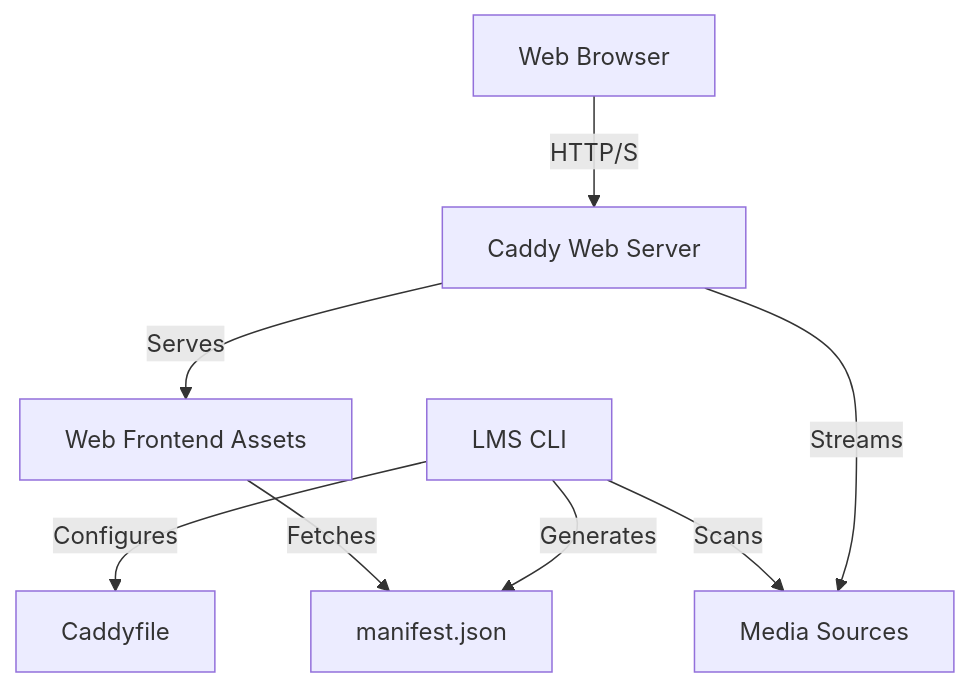
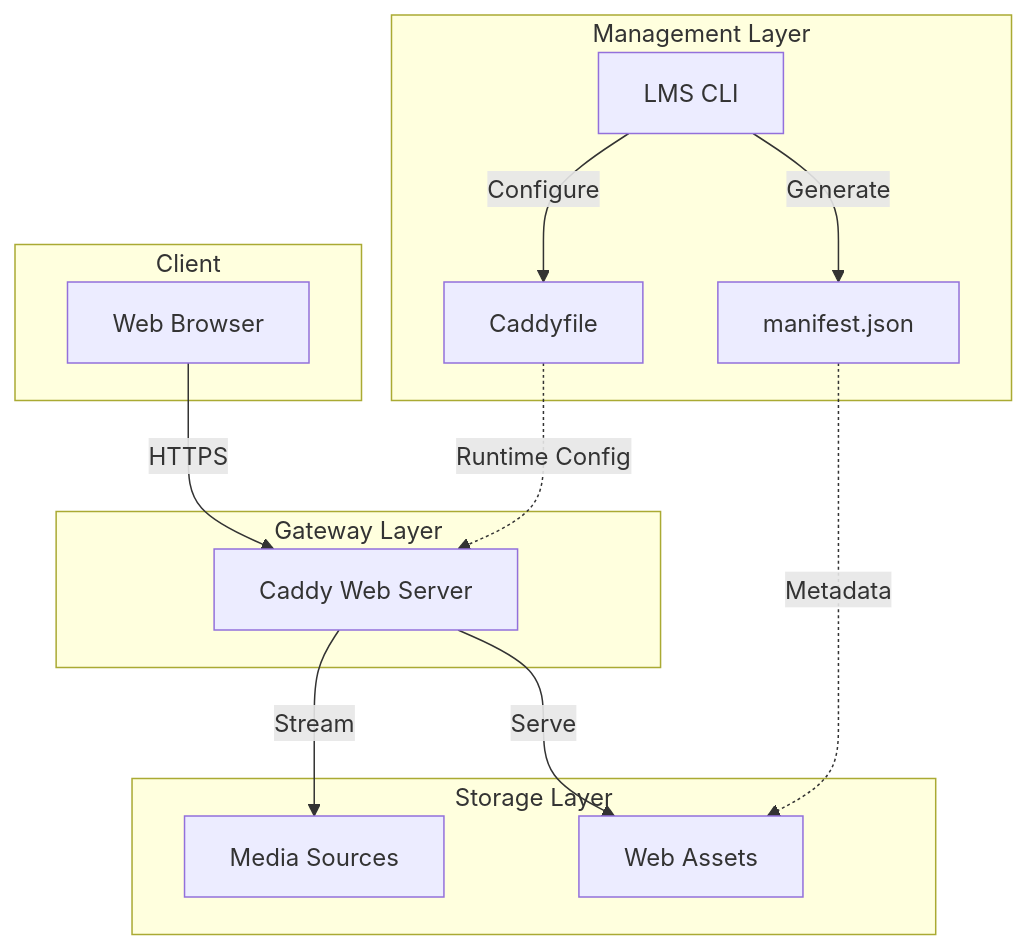
One commit to EmilPtr/LMS changed the diagram in README.md. Above: the diagram before and after it, drawn with Mermaid. The commit also changed other lines of this file, not shown here.

Commit message:
cleaned up graph

````diff
--- a/README.md
+++ b/README.md
@@ -25,12 +25,30 @@
 ```mermaid
 graph TD
-    Browser[Web Browser] -->|HTTP/S| Caddy[Caddy Web Server]
-    Caddy -->|Serves| Web[Web Frontend Assets]
-    Caddy -->|Streams| Media[Media Sources]
+    subgraph Client
+        Browser[Web Browser]
+    end
+
+    subgraph Gateway [Gateway Layer]
+        Caddy[Caddy Web Server]
+    end
+
+    subgraph Backend [Management Layer]
+        LMS_CLI[LMS CLI]
+        Manifest[manifest.json]
+        Caddyfile[Caddyfile]
+    end
+
+    subgraph Storage [Storage Layer]
+        Media[Media Sources]
+        Assets[Web Assets]
+    end
+
+    Browser -->|HTTPS| Caddy
+    Caddy -->|Serve| Assets
+    Caddy -->|Stream| Media
     
-    LMS_CLI[LMS CLI] -->|Configures| Caddyfile[Caddyfile]
-    LMS_CLI -->|Scans| Media
-    LMS_CLI -->|Generates| Manifest[manifest.json]
-    
-    Web -->|Fetches| Manifest
+    LMS_CLI -->|Generate| Manifest
+    LMS_CLI -->|Configure| Caddyfile
+    Caddyfile -.->|Runtime Config| Caddy
+    Manifest -.->|Metadata| Assets
 ```
````
